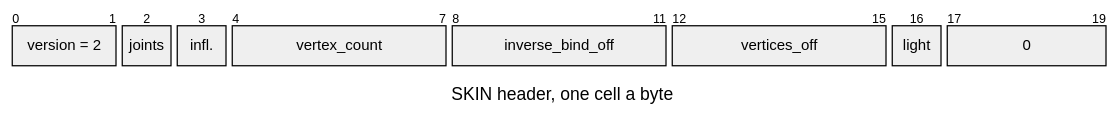
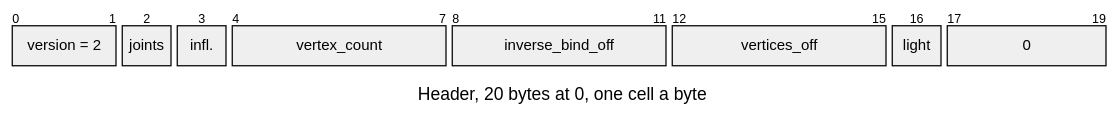
Before and after one commit to jose-villegas/autana: the fifth of 9 diagrams in docs/render/Skeleton-and-Skin.md, drawn with Mermaid. The commit also changed other lines of this file, not shown here.

Commit message:
docs: Skeleton-and-Skin labels each layout as header, registry or content

````diff
--- a/docs/render/Skeleton-and-Skin.md
+++ b/docs/render/Skeleton-and-Skin.md
@@ -154,18 +165,18 @@
 ```mermaid
 ---
 config:
   packet:
     bitsPerRow: 20
     bitWidth: 44
 ---
 packet-beta
-title SKIN header, one cell a byte
+title Header, 20 bytes at 0, one cell a byte
 0-1: "version = 2"
 2: "joints"
 3: "infl."
 4-7: "vertex_count"
 8-11: "inverse_bind_off"
 12-15: "vertices_off"
 16: "light"
 17-19: "0"
 ```
````
